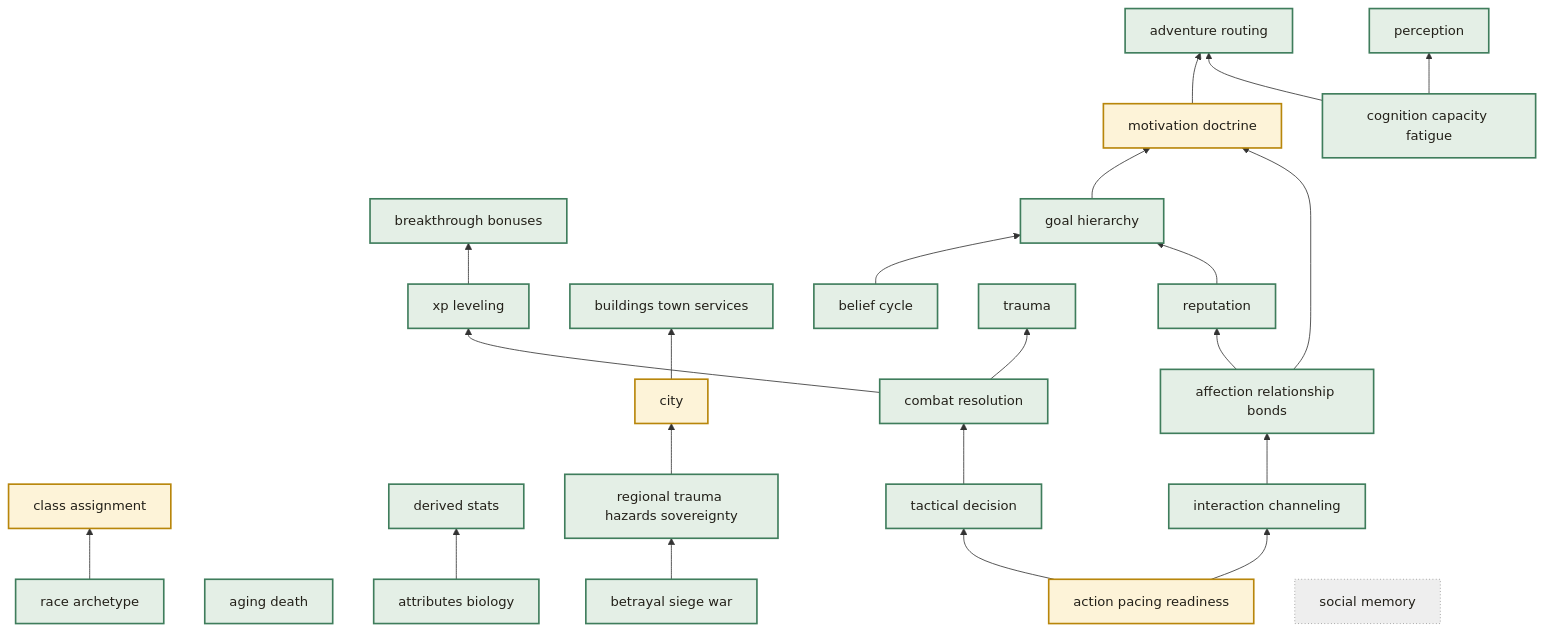
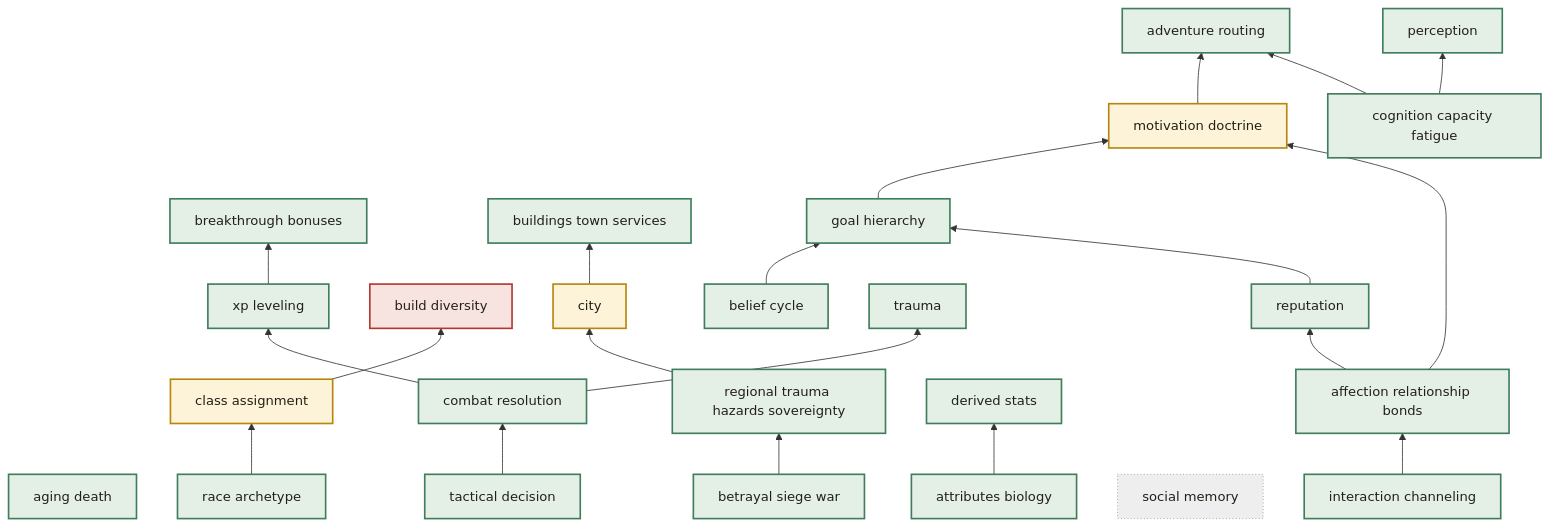
One commit to ttnhan18062000/rpg-based-simulation changed the diagram in docs/brainstorm/mechanism_priority_view.md. Above: the diagram before and after it, drawn with Mermaid. The commit also changed other lines of this file and 14 other files, not shown here.

````diff
--- a/docs/brainstorm/mechanism_priority_view.md
+++ b/docs/brainstorm/mechanism_priority_view.md
@@ -44,56 +44,55 @@
 ```mermaid
 flowchart BT
     classDef done fill:#e4efe6,stroke:#3f7d5c,stroke-width:2px,color:#232019
     classDef partial fill:#fdf3d8,stroke:#b8860b,stroke-width:2px,color:#232019
     classDef gap fill:#f7e4e1,stroke:#b0392f,stroke-width:2px,color:#232019
     classDef orphan fill:#f7e4e1,stroke:#b0392f,stroke-width:2px,stroke-dasharray: 2 2,color:#232019
     classDef gated fill:#f7ecd2,stroke:#9a6b0c,stroke-width:2px,stroke-dasharray: 3 3,color:#232019
     classDef skeleton fill:#eee,stroke:#888,stroke-width:1px,stroke-dasharray: 1 3,color:#232019
 
-    action_pacing_readiness["action pacing readiness"]:::partial
     adventure_routing["adventure routing"]:::done
     affection_relationship_bonds["affection relationship bonds"]:::done
     aging_death["aging death"]:::done
     attributes_biology["attributes biology"]:::done
     belief_cycle["belief cycle"]:::done
     betrayal_siege_war["betrayal siege war"]:::done
     breakthrough_bonuses["breakthrough bonuses"]:::done
+    build_diversity["build diversity"]:::gap
     buildings_town_services["buildings town services"]:::done
     city["city"]:::partial
     class_assignment["class assignment"]:::partial
     cognition_capacity_fatigue["cognition capacity fatigue"]:::done
     combat_resolution["combat resolution"]:::done
     derived_stats["derived stats"]:::done
     goal_hierarchy["goal hierarchy"]:::done
     interaction_channeling["interaction channeling"]:::done
     motivation_doctrine["motivation doctrine"]:::partial
     perception["perception"]:::done
     race_archetype["race archetype"]:::done
     regional_trauma_hazards_sovereignty["regional trauma hazards sovereignty"]:::done
     reputation["reputation"]:::done
     social_memory["social memory"]:::skeleton
     tactical_decision["tactical decision"]:::done
     trauma["trauma"]:::done
     xp_leveling["xp leveling"]:::done
 
     motivation_doctrine --> adventure_routing
     cognition_capacity_fatigue --> adventure_routing
     interaction_channeling --> affection_relationship_bonds
     xp_leveling --> breakthrough_bonuses
+    class_assignment --> build_diversity
     city --> buildings_town_services
     regional_trauma_hazards_sovereignty --> city
     race_archetype --> class_assignment
     tactical_decision --> combat_resolution
     attributes_biology --> derived_stats
     belief_cycle --> goal_hierarchy
     reputation --> goal_hierarchy
-    action_pacing_readiness --> interaction_channeling
     goal_hierarchy --> motivation_doctrine
     affection_relationship_bonds --> motivation_doctrine
     cognition_capacity_fatigue --> perception
     betrayal_siege_war --> regional_trauma_hazards_sovereignty
     affection_relationship_bonds --> reputation
-    action_pacing_readiness --> tactical_decision
     combat_resolution --> trauma
     combat_resolution --> xp_leveling
 ```
````
